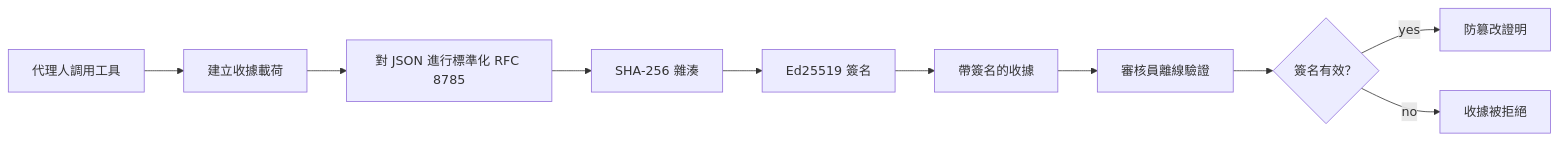
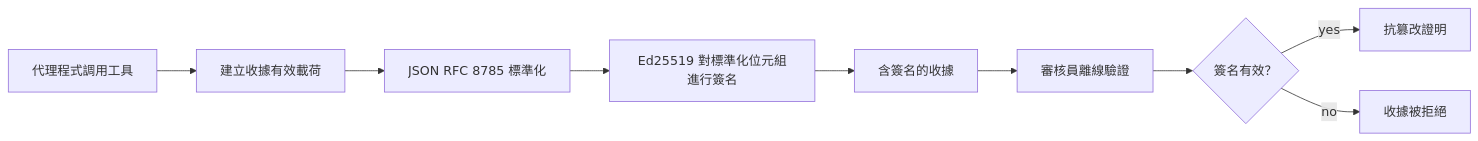
Before and after one commit to gabrielmoreira/agent-skills-mirror: the first of 2 diagrams in mirrors/repos/microsoft@ai-agents-for-beginners/translations/zh-TW/18-securing-ai-agents/README.md, drawn with Mermaid. The commit also changed other lines of this file and 4262 other files, not shown here.

````diff
--- a/mirrors/repos/microsoft@ai-agents-for-beginners/translations/zh-TW/18-securing-ai-agents/README.md
+++ b/mirrors/repos/microsoft@ai-agents-for-beginners/translations/zh-TW/18-securing-ai-agents/README.md
@@ -51,12 +51,11 @@
 ```mermaid
 flowchart LR
-    A[代理人調用工具] --> B[建立收據載荷]
-    B --> C[對 JSON 進行標準化 RFC 8785]
-    C --> D[SHA-256 雜湊]
-    D --> E[Ed25519 簽名]
-    E --> F[帶簽名的收據]
+    A[代理程式調用工具] --> B[建立收據有效載荷]
+    B --> C[JSON RFC 8785 標準化]
+    C --> E[Ed25519 對標準化位元組進行簽名]
+    E --> F[含簽名的收據]
     F --> G[審核員離線驗證]
     G --> H{簽名有效？}
-    H -- yes --> I[防篡改證明]
+    H -- yes --> I[抗篡改證明]
     H -- no --> J[收據被拒絕]
 ```
````
